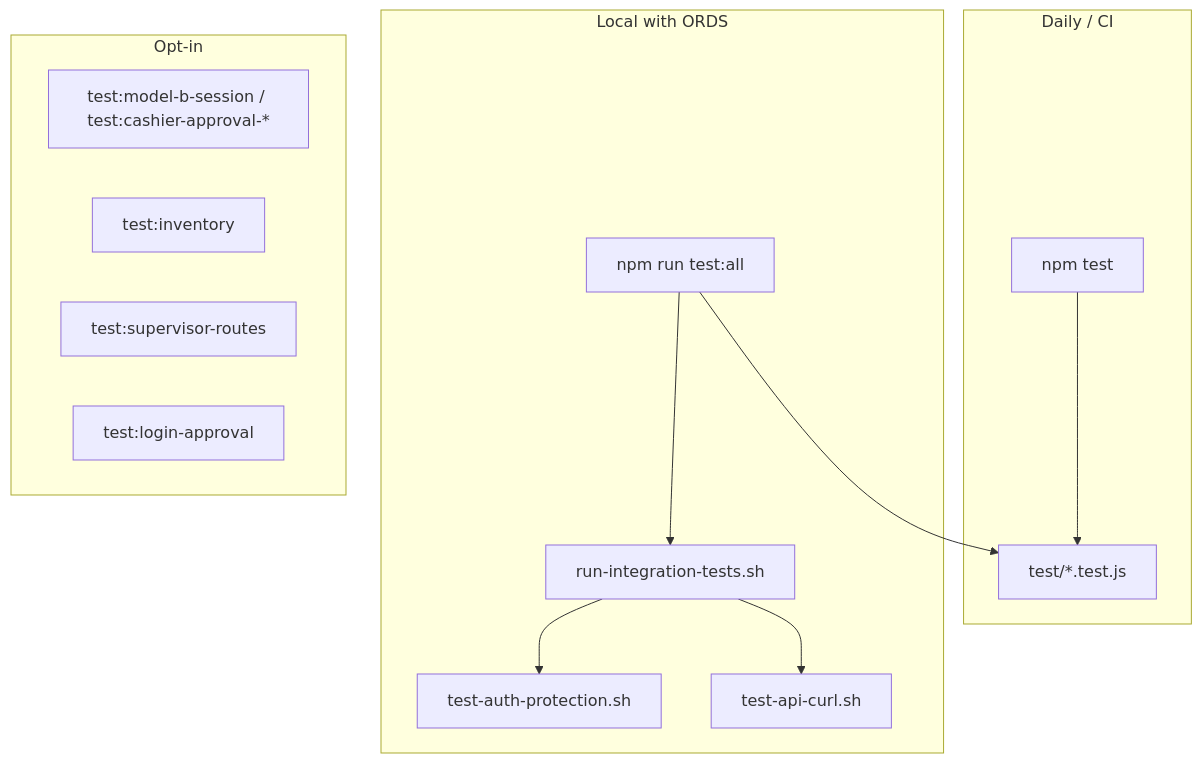
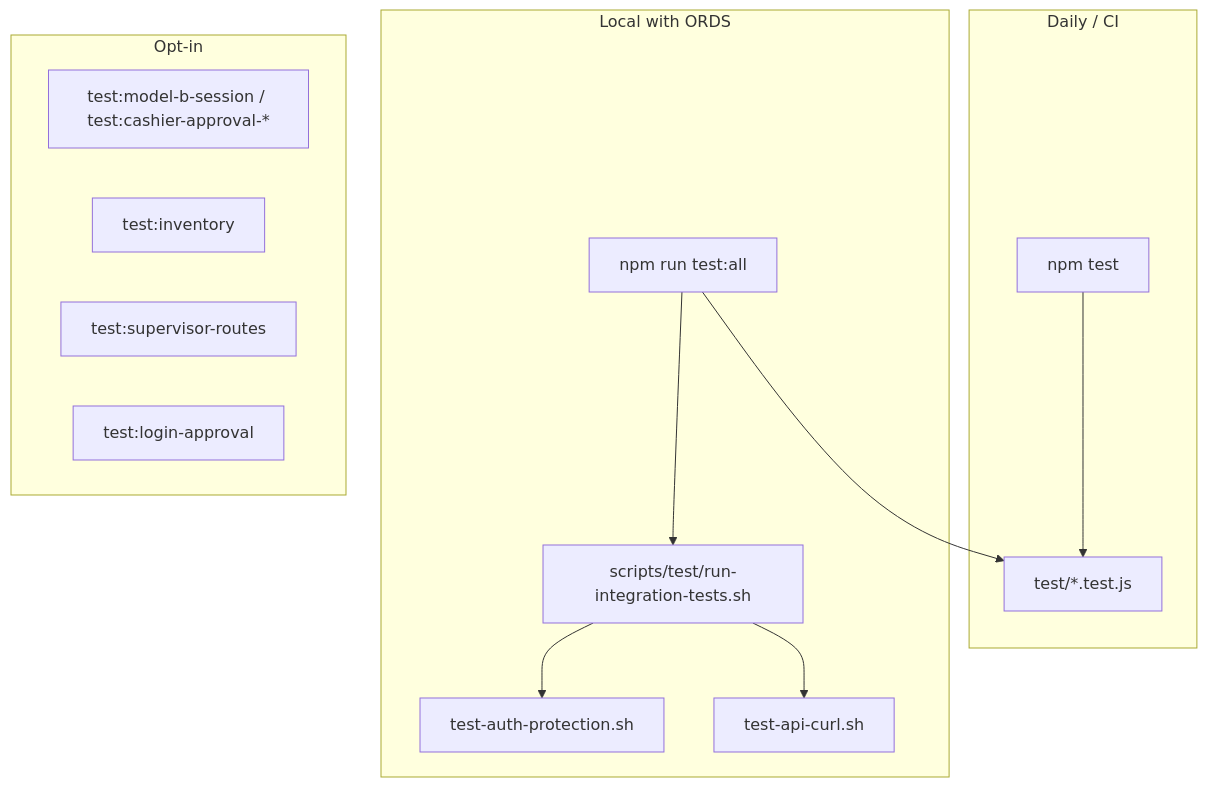
Before and after one commit to ltm893/cloud-store-893: the diagram in docs/testing.md, drawn with Mermaid. The commit also changed other lines of this file and 7 other files, not shown here.

````diff
--- a/docs/testing.md
+++ b/docs/testing.md
@@ -19,26 +19,26 @@
 ```mermaid
 flowchart TB
   subgraph daily ["Daily / CI"]
     npm_test["npm test"]
     unit["test/*.test.js"]
     npm_test --> unit
   end
 
   subgraph local ["Local with ORDS"]
     test_all["npm run test:all"]
-    integ["run-integration-tests.sh"]
+    integ["scripts/test/run-integration-tests.sh"]
     auth["test-auth-protection.sh"]
     api["test-api-curl.sh"]
     test_all --> unit
     test_all --> integ
     integ --> auth
     integ --> api
   end
 
   subgraph optin ["Opt-in"]
     modelB["test:model-b-session / test:cashier-approval-*"]
     inventory["test:inventory"]
     supervisor["test:supervisor-routes"]
     ordsLib["test:login-approval"]
   end
 ```
````
